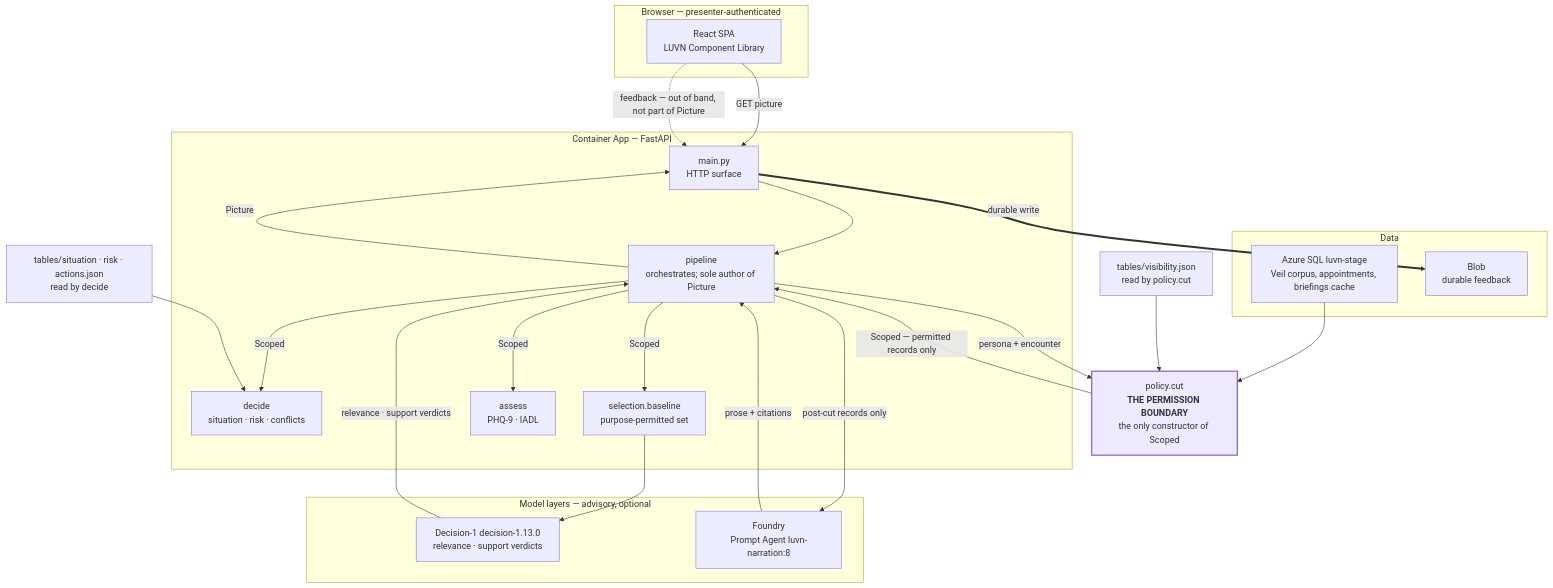
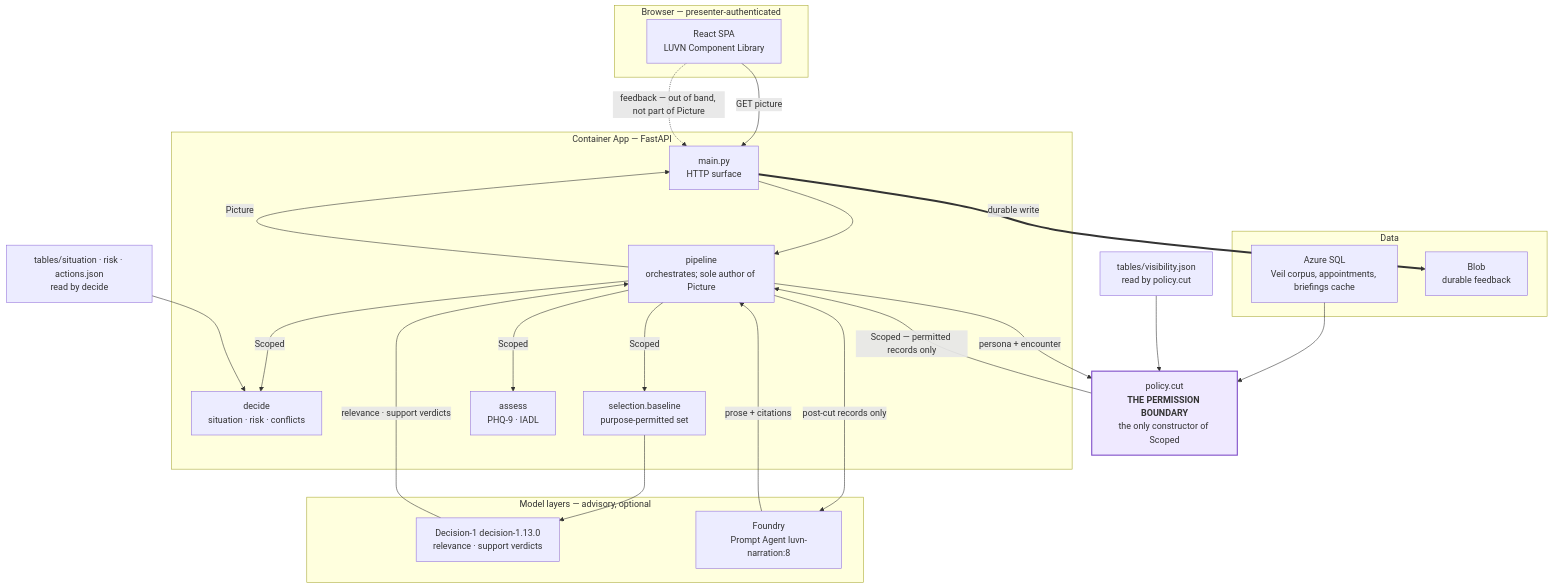
One commit to ECDX-Platforms/luvn-sote-ai-hackathon-2026 changed the first of 2 diagrams in ARCHITECTURE.md. Above: the diagram before and after it, drawn with Mermaid. The commit also changed other lines of this file and 111 other files, not shown here.

````diff
--- a/ARCHITECTURE.md
+++ b/ARCHITECTURE.md
@@ -362,49 +361,49 @@
 ```mermaid
 flowchart TB
     subgraph client["Browser — presenter-authenticated"]
         SPA["React SPA<br/>LUVN Component Library"]
     end
 
     subgraph app["Container App — FastAPI"]
         API["main.py<br/>HTTP surface"]
         PIPE["pipeline<br/>orchestrates; sole author of Picture"]
         DEC["decide<br/>situation · risk · conflicts"]
         BASE["selection.baseline<br/>purpose-permitted set"]
         ASSESS["assess<br/>PHQ-9 · IADL"]
     end
 
     CUT["policy.cut<br/><b>THE PERMISSION BOUNDARY</b><br/>the only constructor of Scoped"]
 
     TBL["tables/situation · risk · actions.json<br/>read by decide"]
     VIS["tables/visibility.json<br/>read by policy.cut"]
 
     subgraph models["Model layers — advisory, optional"]
         DECISION["Decision-1 decision-1.13.0<br/>relevance · support verdicts"]
         FDR["Foundry<br/>Prompt Agent luvn-narration:8"]
     end
 
     subgraph data["Data"]
-        UPM["Azure SQL luvn-stage<br/>Veil corpus, appointments, briefings cache"]
+        UPM["Azure SQL<br/>Veil corpus, appointments, briefings cache"]
         BLOB["Blob<br/>durable feedback"]
     end
 
     SPA -->|"GET picture"| API
     API --> PIPE
     PIPE -->|"persona + encounter"| CUT
     CUT -->|"Scoped — permitted records only"| PIPE
     UPM --> CUT
     PIPE -->|"Scoped"| DEC
     TBL --> DEC
     VIS --> CUT
     PIPE -->|"Scoped"| BASE
     PIPE -->|"Scoped"| ASSESS
     BASE --> DECISION
     DECISION -->|"relevance · support verdicts"| PIPE
     PIPE -->|"post-cut records only"| FDR
     FDR -->|"prose + citations"| PIPE
     PIPE -->|"Picture"| API
     SPA -. "feedback — out of band, not part of Picture" .-> API
     API ==>|"durable write"| BLOB
 
     style CUT fill:#efe9ff,stroke:#8251ca,stroke-width:2px
 ```
````
